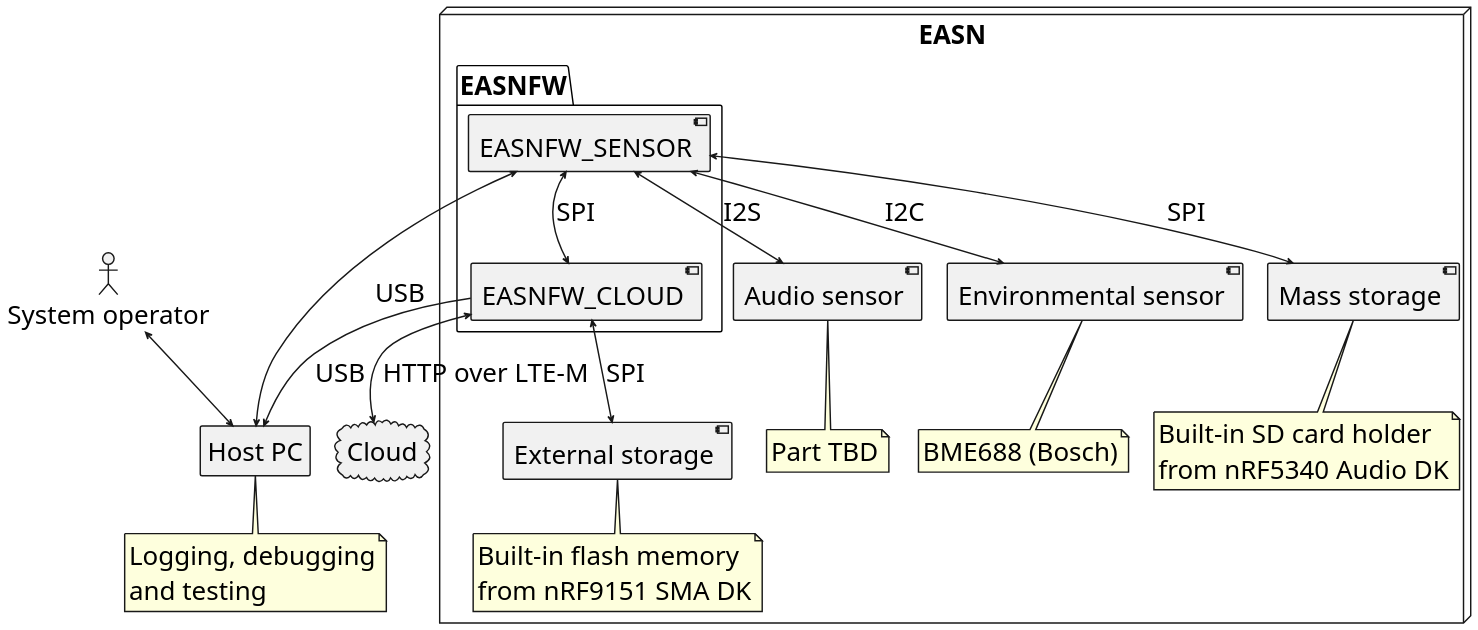
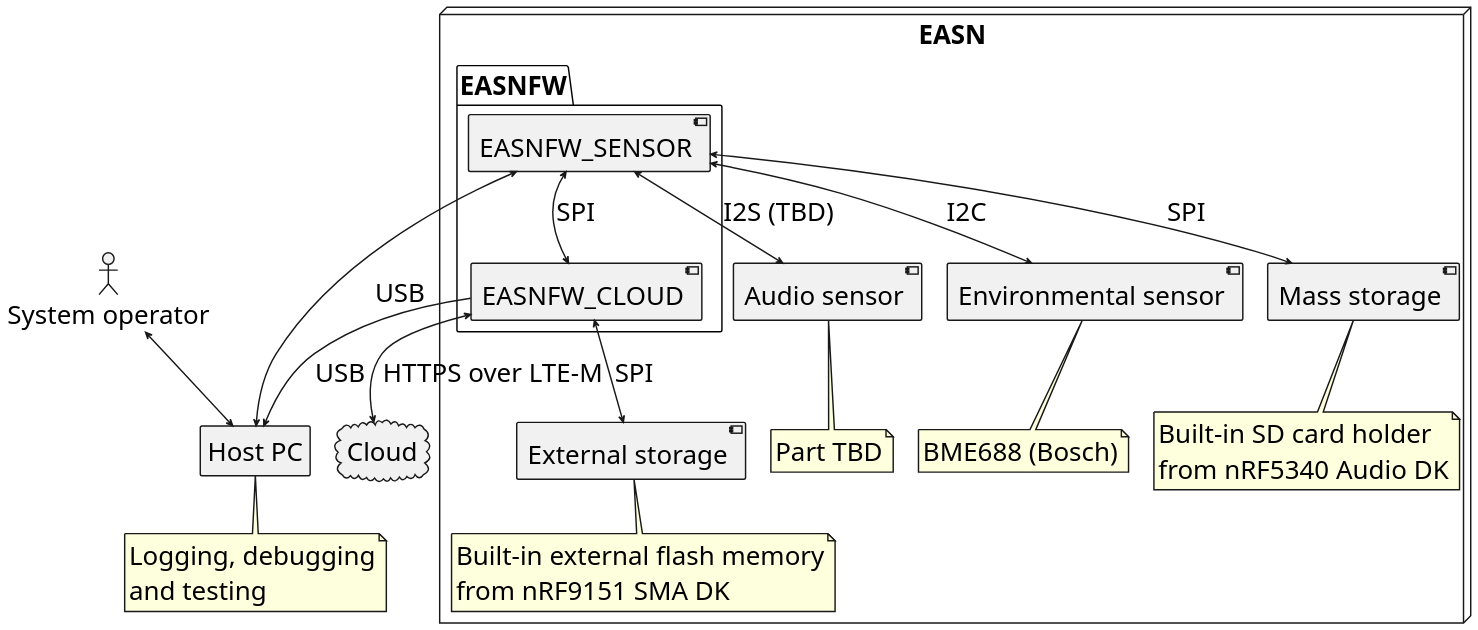
Before and after one commit to hslourenc/easnfw: the diagram in doc/requirements/src/plantuml/sys_arch.puml, drawn with PlantUML. The commit also changed 3 other files, not shown here.

```diff
--- a/doc/requirements/src/plantuml/sys_arch.puml
+++ b/doc/requirements/src/plantuml/sys_arch.puml
@@ -1,55 +1,55 @@
 @startuml
 skinparam defaultFontSize 36
 skinparam ArrowThickness 2
 skinparam CloudBorderThickness 2
 skinparam AgentBorderThickness 2
 skinparam ActorBorderThickness 2
 skinparam NodeBorderThickness 2
 skinparam PackageBorderThickness 2
 skinparam NoteBorderThickness 2
 skinparam ComponentBorderThickness 2
 
 cloud Cloud
 agent "Host PC" as Host_PC
 note bottom of Host_PC
 Logging, debugging
 and testing
 end note
 actor "System operator" as System_operator
 
 node "EASN" {
     package "EASNFW" {
         [EASNFW_SENSOR]
         [EASNFW_CLOUD]
     }
     [Audio sensor]
     note bottom of [Audio sensor]
         Part TBD
     end note
     [Environmental sensor]
     note bottom of [Environmental sensor]
         BME688 (Bosch)
     end note
     [Mass storage]
     note bottom of [Mass storage]
         Built-in SD card holder
         from nRF5340 Audio DK
     end note 
     [External storage]
     note bottom of [External storage]
-        Built-in flash memory
+        Built-in external flash memory
         from nRF9151 SMA DK
     end note
 }
 
-[EASNFW_SENSOR] <--> [Audio sensor]          : I2S
+[EASNFW_SENSOR] <--> [Audio sensor]          : I2S (TBD)
 [EASNFW_SENSOR] <--> [Environmental sensor]  : I2C
 [EASNFW_SENSOR] <--> Host_PC                 : USB
 [EASNFW_SENSOR] <--> [Mass storage]          : SPI
 [EASNFW_SENSOR] <--> [EASNFW_CLOUD]          : SPI
-[EASNFW_CLOUD]  <--> Cloud                   : HTTP over LTE-M
+[EASNFW_CLOUD]  <--> Cloud                   : HTTPS over LTE-M
 [EASNFW_CLOUD]   --> Host_PC                 : USB
 [EASNFW_CLOUD]  <--> [External storage]      : SPI
 System_operator <--> Host_PC
 
 @enduml
```
